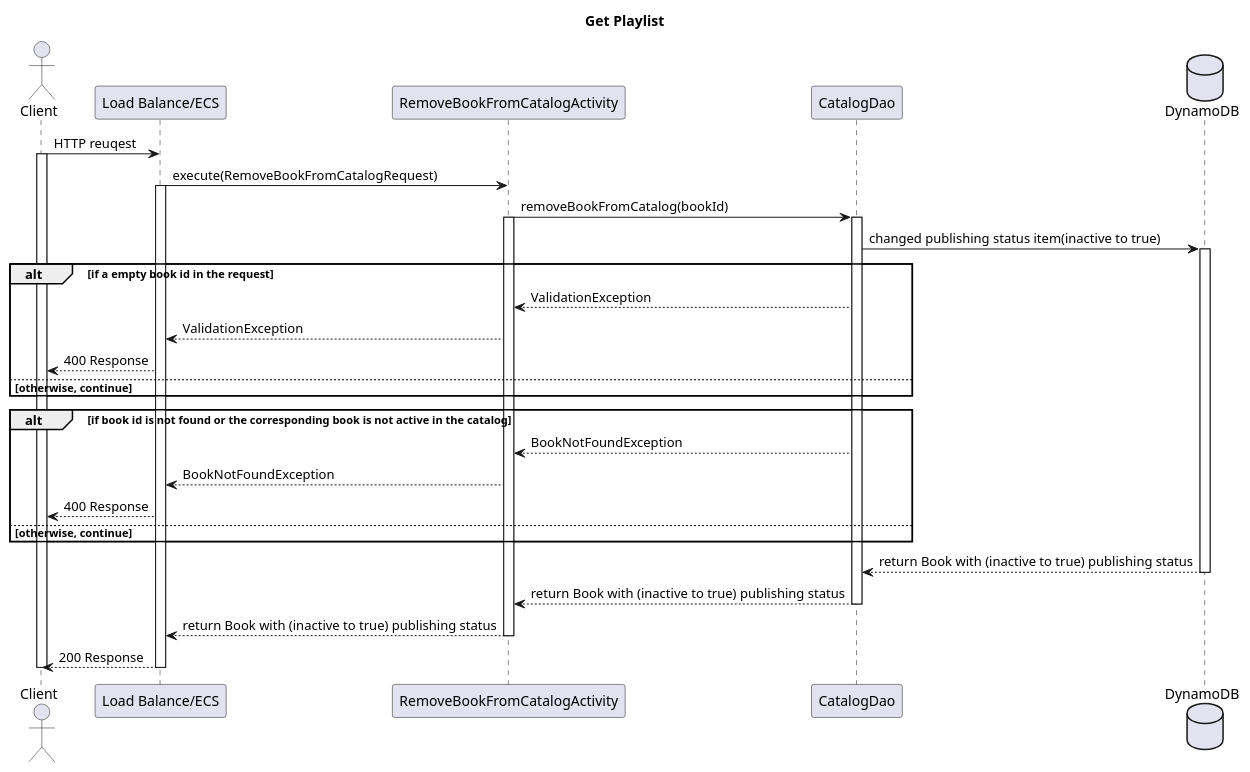
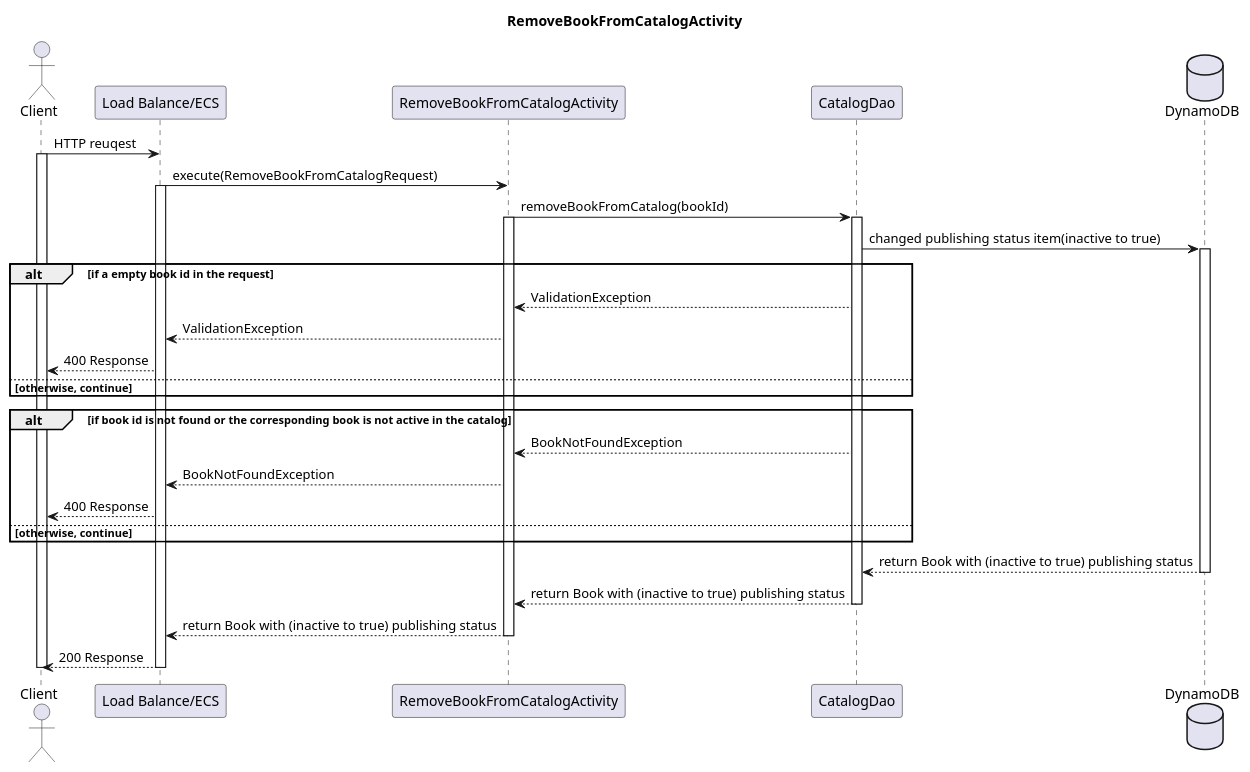
The diagram in src/resources/mastery-task1-remove-book-SD.puml (Jason7jl/Kindle-Publishing-Service), drawn with PlantUML before and after one commit. The commit also changed 4 other files, not shown here.

```diff
--- a/src/resources/mastery-task1-remove-book-SD.puml
+++ b/src/resources/mastery-task1-remove-book-SD.puml
@@ -2,49 +2,49 @@
 @startuml
-title Get Playlist
+title RemoveBookFromCatalogActivity
 
 actor Client
 participant "Load Balance/ECS"
 participant RemoveBookFromCatalogActivity
 participant CatalogDao
 
 
 database DynamoDB
 
 Client -> "Load Balance/ECS" : HTTP reuqest
 activate Client
 "Load Balance/ECS" -> RemoveBookFromCatalogActivity : execute(RemoveBookFromCatalogRequest)
 activate "Load Balance/ECS"
 
 RemoveBookFromCatalogActivity -> CatalogDao : removeBookFromCatalog(bookId)
 activate RemoveBookFromCatalogActivity
 activate CatalogDao
 CatalogDao -> DynamoDB : changed publishing status item(inactive to true)
 activate DynamoDB
 
 alt if a empty book id in the request
 
     RemoveBookFromCatalogActivity <-- CatalogDao : ValidationException
     "Load Balance/ECS" <-- RemoveBookFromCatalogActivity : ValidationException
     Client <-- "Load Balance/ECS" : 400 Response
 else otherwise, continue
 end
 
 alt if book id is not found or the corresponding book is not active in the catalog
 
     RemoveBookFromCatalogActivity <-- CatalogDao : BookNotFoundException
     "Load Balance/ECS" <-- RemoveBookFromCatalogActivity : BookNotFoundException
     Client <-- "Load Balance/ECS" : 400 Response
 else otherwise, continue
 end
 
 CatalogDao <-- DynamoDB : return Book with (inactive to true) publishing status
 deactivate DynamoDB
 CatalogDao --> RemoveBookFromCatalogActivity : return Book with (inactive to true) publishing status
 deactivate CatalogDao
 RemoveBookFromCatalogActivity --> "Load Balance/ECS": return Book with (inactive to true) publishing status
 deactivate RemoveBookFromCatalogActivity
 "Load Balance/ECS" --> Client : 200 Response
 deactivate "Load Balance/ECS"
 deactivate Client
 
 @enduml
```
